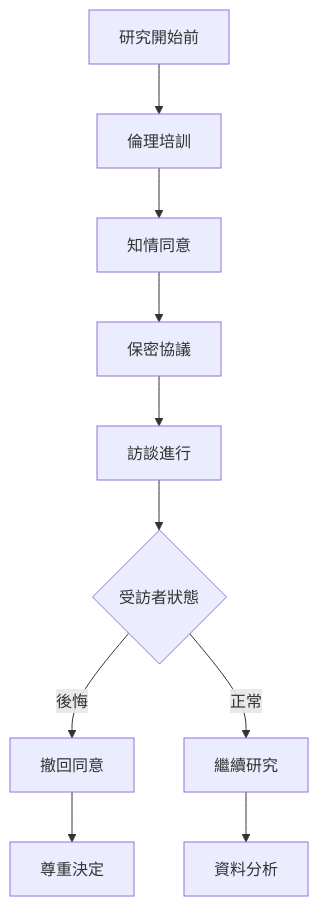
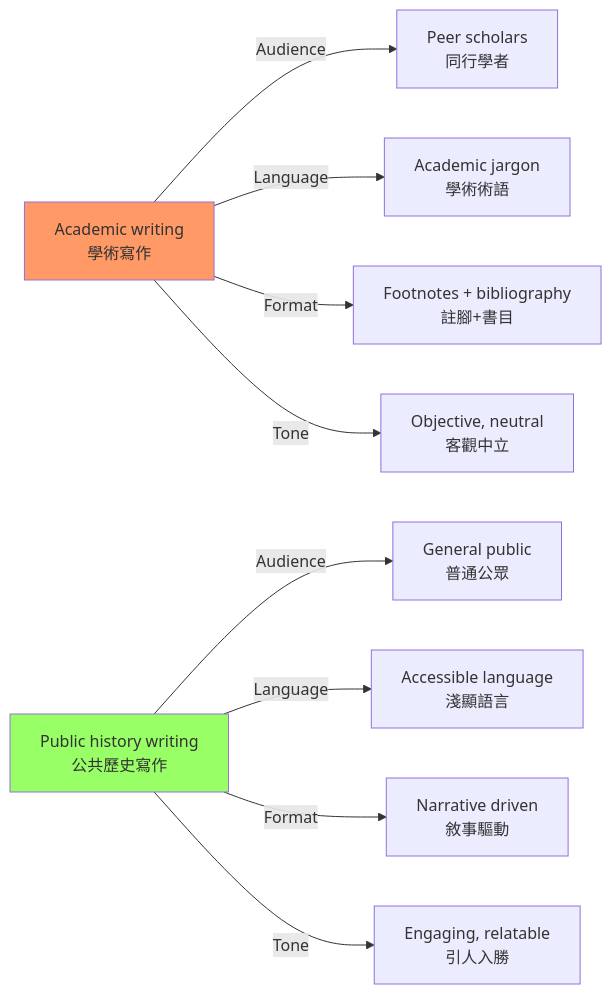
Before and after one commit to yip-lgtm/HKU-Harvard-History-Self-Study: the fourth of 5 diagrams in 01_HKU_Courses/HIST4035_History_Applied_Internship.md, drawn with Mermaid. The commit also changed other lines of this file and 25 other files, not shown here.

````diff
--- a/01_HKU_Courses/HIST4035_History_Applied_Internship.md
+++ b/01_HKU_Courses/HIST4035_History_Applied_Internship.md
@@ -346,12 +181,15 @@
 ```mermaid
-flowchart TD
-    A[研究開始前] --> B[倫理培訓]
-    B --> C[知情同意]
-    C --> D[保密協議]
-    D --> E[訪談進行]
-    E --> F{受訪者狀態}
-    F -->|後悔| G[撤回同意]
-    F -->|正常| H[繼續研究]
-    G --> I[尊重決定]
-    H --> J[資料分析]
+graph LR
+    A[Academic writing<br/>學術寫作] -->|Audience| B[Peer scholars<br/>同行學者]
+    A -->|Language| C[Academic jargon<br/>學術術語]
+    A -->|Format| D[Footnotes + bibliography<br/>註腳+書目]
+    A -->|Tone| E[Objective, neutral<br/>客觀中立]
+    
+    F[Public history writing<br/>公共歷史寫作] -->|Audience| G[General public<br/>普通公眾]
+    F -->|Language| H[Accessible language<br/>淺顯語言]
+    F -->|Format| I[Narrative driven<br/>敘事驅動]
+    F -->|Tone| J[Engaging, relatable<br/>引人入勝]
+    
+    style A fill:#f96
+    style F fill:#9f6
 ```
````
